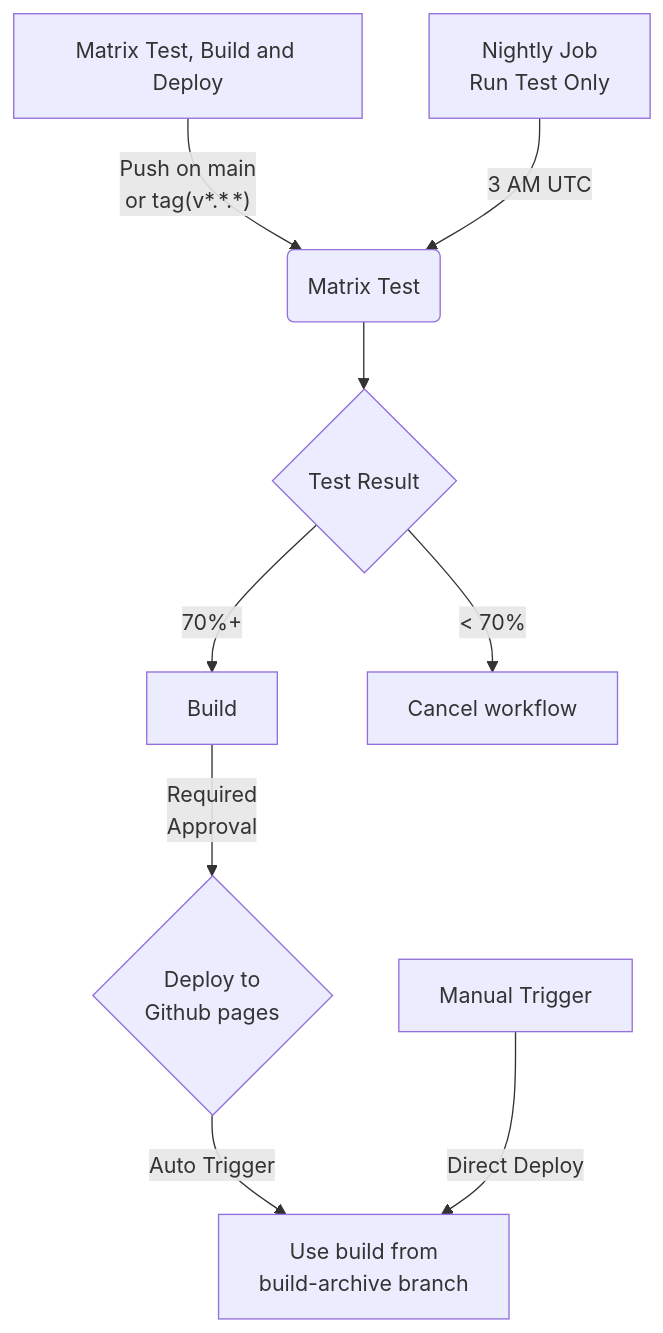
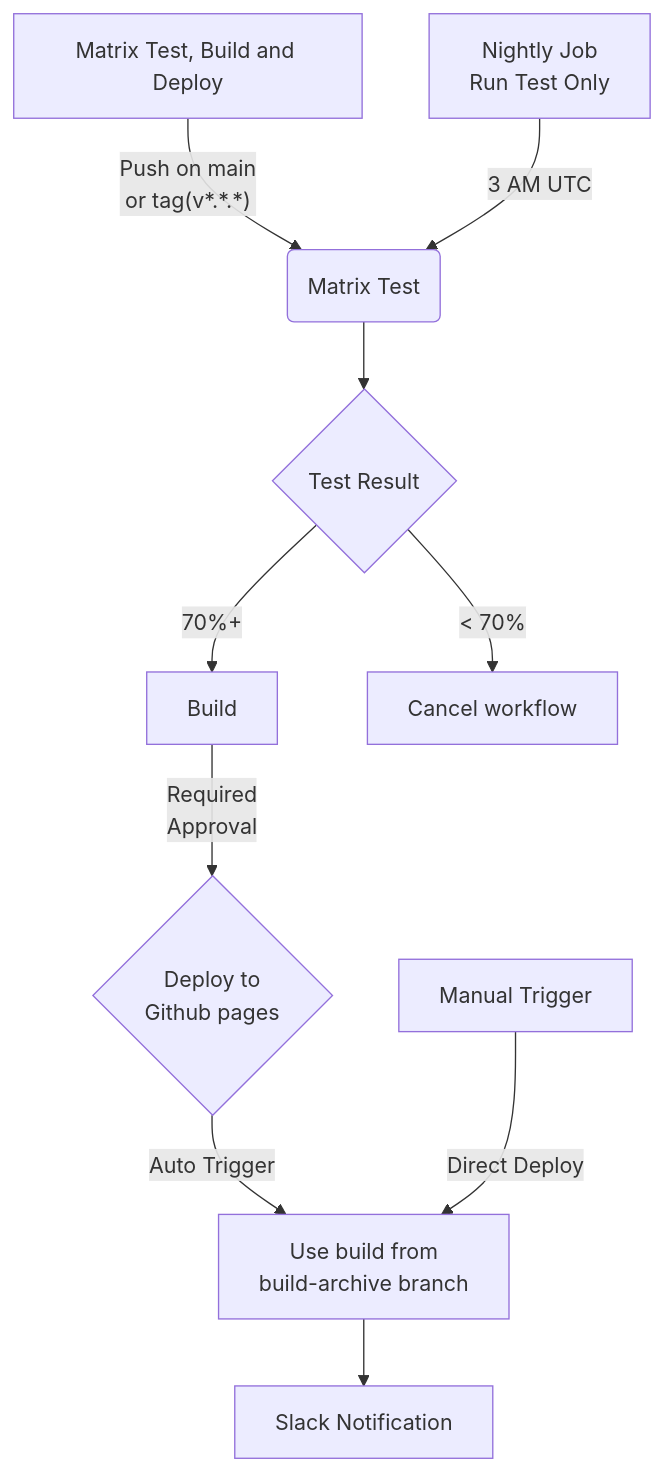
One commit to Saadullahkhan3/Github-Actions-Pipelines-Demo changed the second of 2 diagrams in README.md. Above: the diagram before and after it, drawn with Mermaid. The commit also changed 2 other files, not shown here.

Commit message:
Finalizing

````diff
--- a/README.md
+++ b/README.md
@@ -45,10 +45,11 @@
 ```mermaid
 flowchart TD
     A[Matrix Test, Build and Deploy] -->|"Push on main<br/> or tag(v*.*.*)"| B(Matrix Test)
     B --> C{"Test Result"} 
     C --> |"70%+"| D[Build] --> |"Required<br/>Approval"| E{"Deploy to <br/>Github pages"}
     C --> |"< 70%"| T["Cancel workflow"]
     E -->|Auto Trigger| F["Use build from <br/>build-archive branch"]
     Y["Manual Trigger"] -->|Direct Deploy| F
     Z["Nightly Job<br/>Run Test Only"] --> |"3 AM UTC"| B
+    F --> O["Slack Notification"]
 ```
````
